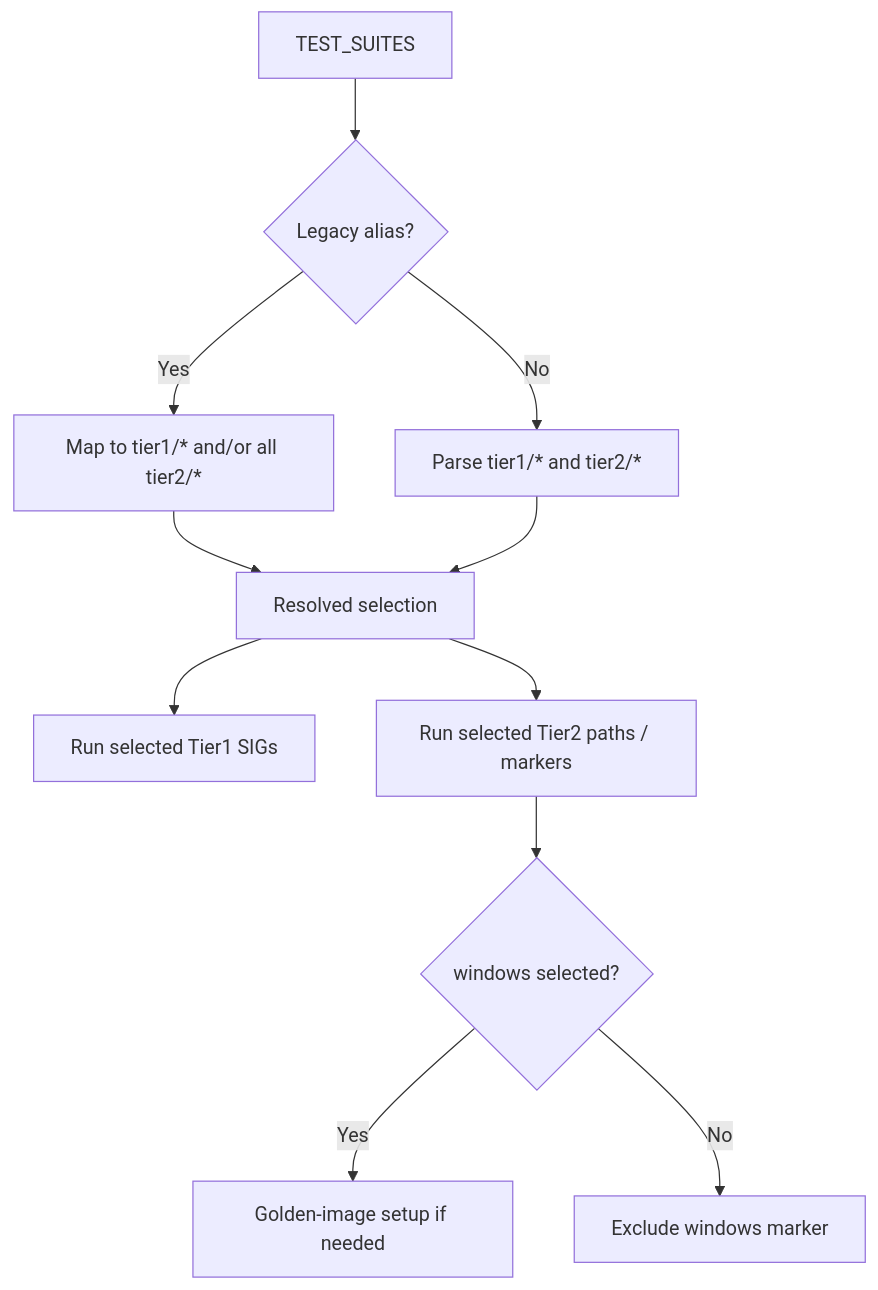
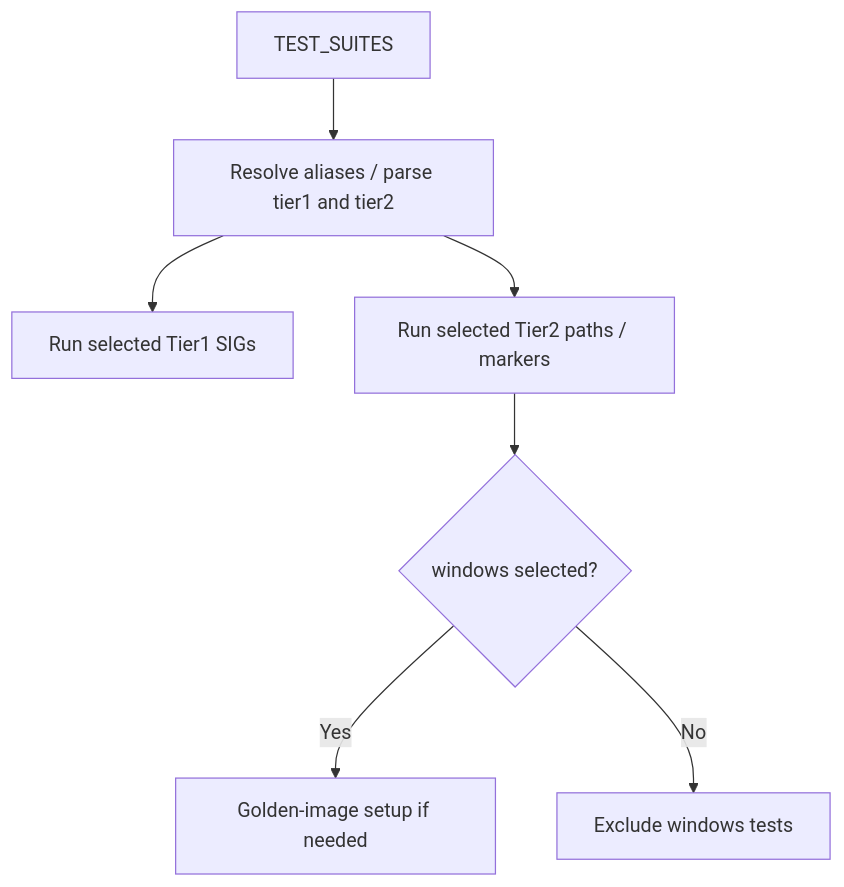
Before and after one commit to Ahmad-Hafe/ocp-virt-validation-checkup: the diagram in docs/TEST_SUITES_FILTERING_DESIGN.md, drawn with Mermaid. The commit also changed other lines of this file, not shown here.

First line of the commit message:
docs: simplify TEST_SUITES filtering design document

````diff
--- a/docs/TEST_SUITES_FILTERING_DESIGN.md
+++ b/docs/TEST_SUITES_FILTERING_DESIGN.md
@@ -119,13 +57,9 @@
 ```mermaid
 flowchart TD
-    A["TEST_SUITES"] --> B{"Legacy alias?"}
-    B -->|Yes| C["Map to tier1/* and/or all tier2/*"]
-    B -->|No| D["Parse tier1/* and tier2/*"]
-    C --> E["Resolved selection"]
-    D --> E
-    E --> F["Run selected Tier1 SIGs"]
-    E --> G["Run selected Tier2 paths / markers"]
-    G --> H{"windows selected?"}
-    H -->|Yes| I["Golden-image setup if needed"]
-    H -->|No| J["Exclude windows marker"]
+    A["TEST_SUITES"] --> B["Resolve aliases / parse tier1 and tier2"]
+    B --> C["Run selected Tier1 SIGs"]
+    B --> D["Run selected Tier2 paths / markers"]
+    D --> E{"windows selected?"}
+    E -->|Yes| F["Golden-image setup if needed"]
+    E -->|No| G["Exclude windows tests"]
 ```
````
